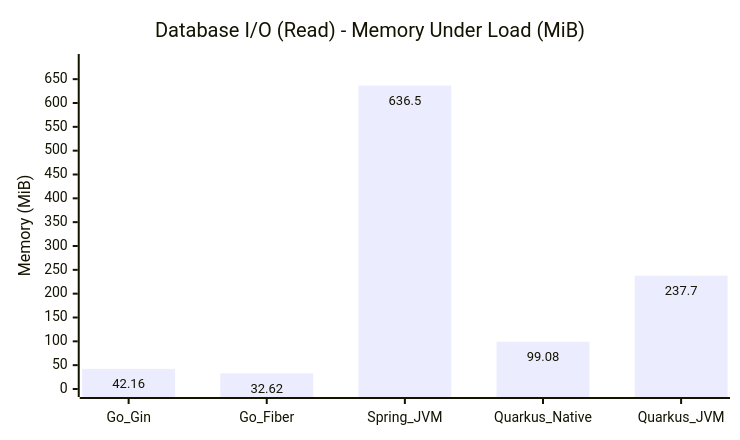
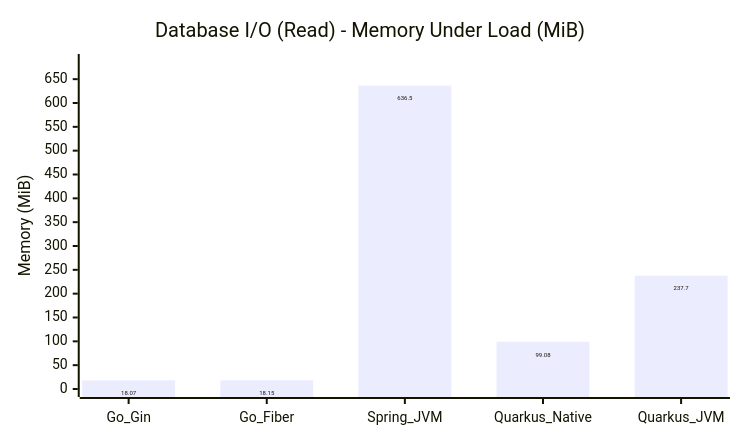
Before and after one commit to hiiamtin/go-vs-java: the sixth of 15 diagrams in COMPARISON_REPORT.md, drawn with Mermaid. The commit also changed other lines of this file and 58 other files, not shown here.

````diff
--- a/COMPARISON_REPORT.md
+++ b/COMPARISON_REPORT.md
@@ -123,14 +123,14 @@
 ```mermaid
 ---
 config:
   xyChart:
     width: 720
     height: 420
     showDataLabel: true
 ---
 xychart
     title "Database I/O (Read) - Memory Under Load (MiB)"
     x-axis [Go_Gin, Go_Fiber, Spring_JVM, Quarkus_Native, Quarkus_JVM]
     y-axis "Memory (MiB)" 0 --> 686
-    bar [42.16, 32.62, 636.5, 99.08, 237.7]
+    bar [18.07, 18.15, 636.5, 99.08, 237.7]
 ```
````
